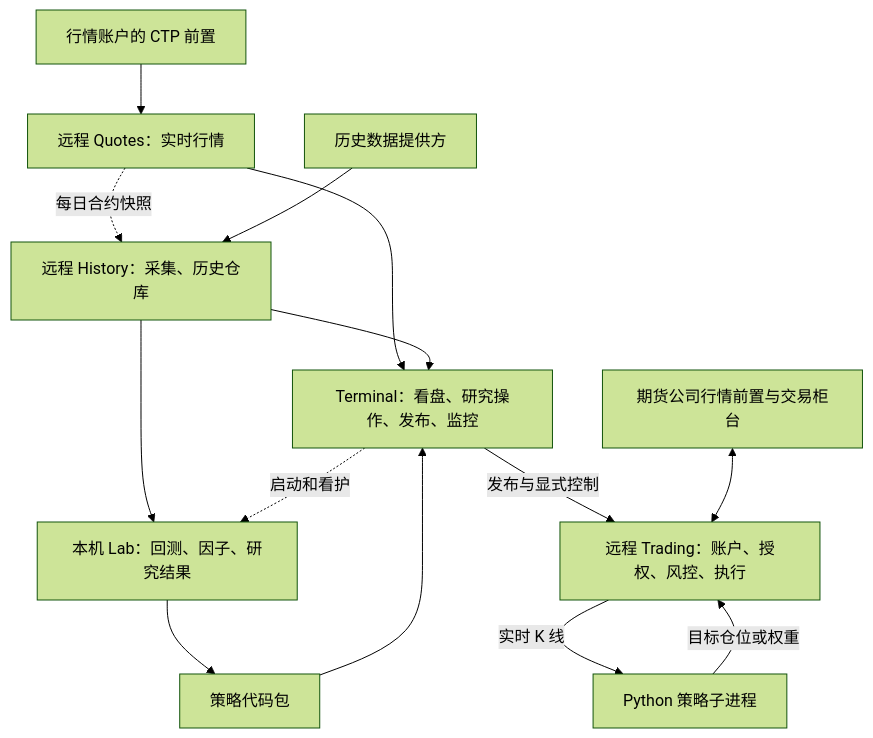
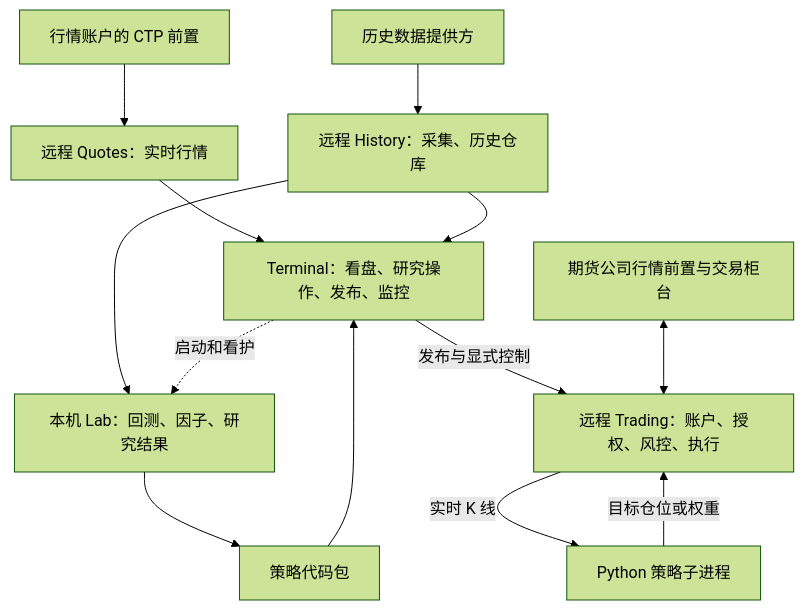
Before and after one commit to isqiwen/asterion-terminal: the diagram in docs/architecture.md, drawn with Mermaid (forest theme). The commit also changed other lines of this file and 43 other files, not shown here.

First line of the commit message:
M3.85: keep Quotes and History from sharing anything

````diff
--- a/docs/architecture.md
+++ b/docs/architecture.md
@@ -5,16 +5,15 @@
 ```mermaid
 flowchart TB
   QuoteFront[行情账户的 CTP 前置] --> Quotes[远程 Quotes：实时行情]
   Quotes --> Terminal[Terminal：看盘、研究操作、发布、监控]
-  Quotes -.每日合约快照.-> History[远程 History：采集、历史仓库]
-  Providers[历史数据提供方] --> History
+  Providers[历史数据提供方] --> History[远程 History：采集、历史仓库]
   History --> Terminal
   History --> Lab[本机 Lab：回测、因子、研究结果]
   Terminal -.启动和看护.-> Lab
   Lab --> Package[策略代码包]
   Package --> Terminal
   Terminal -->|发布与显式控制| Trading[远程 Trading：账户、授权、风控、执行]
   Counter[期货公司行情前置与交易柜台] <--> Trading
   Trading -->|实时 K 线| Strategy[Python 策略子进程]
   Strategy -->|目标仓位或权重| Trading
 ```
````
